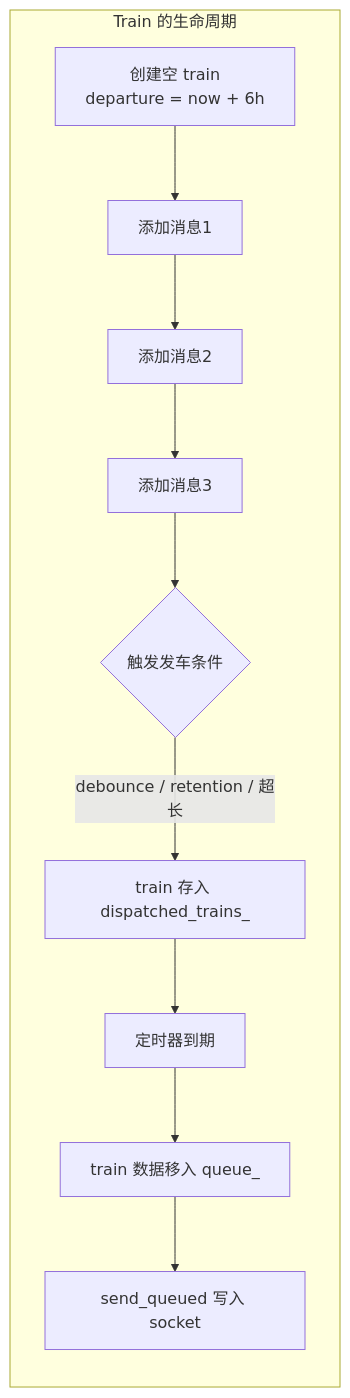
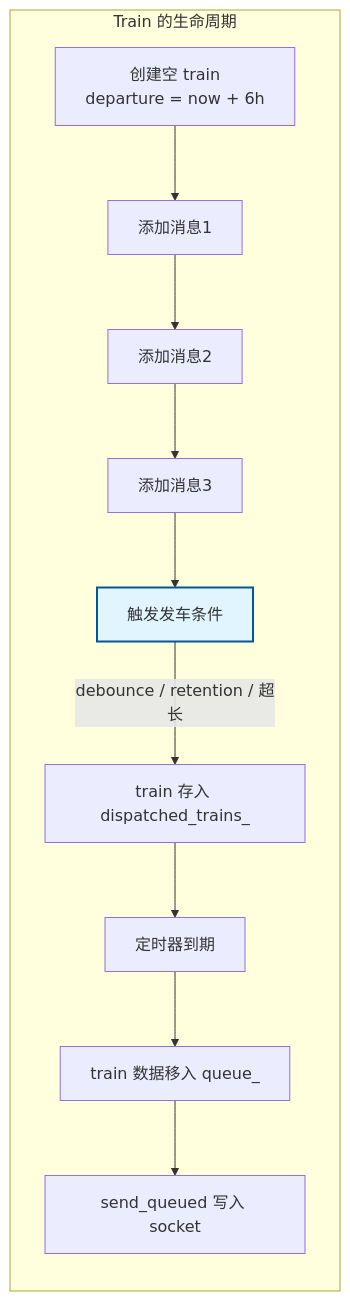
Before and after one commit to zhuhairong/vsomeip: the tenth of 21 diagrams in zhr/readme_ep.md, drawn with Mermaid. The commit also changed other lines of this file, not shown here.

First line of the commit message:
docs(readme_ep): 更新Mermaid图表样式增强可读性

````diff
--- a/zhr/readme_ep.md
+++ b/zhr/readme_ep.md
@@ -479,13 +489,17 @@
 ```mermaid
 graph LR
+    classDef decision fill:#e1f5fe,stroke:#01579b,stroke-width:2px
+
     subgraph TRAIN_LIFE["Train 的生命周期"]
         A[创建空 train<br/>departure = now + 6h] --> B[添加消息1]
         B --> C[添加消息2]
         C --> D[添加消息3]
-        D --> E{触发发车条件}
+        D --> E["触发发车条件"]
         E -->|debounce / retention / 超长| F[train 存入 dispatched_trains_]
         F --> G[定时器到期]
         G --> H[train 数据移入 queue_]
         H --> I[send_queued 写入 socket]
     end
+
+    class E decision
 ```
````
